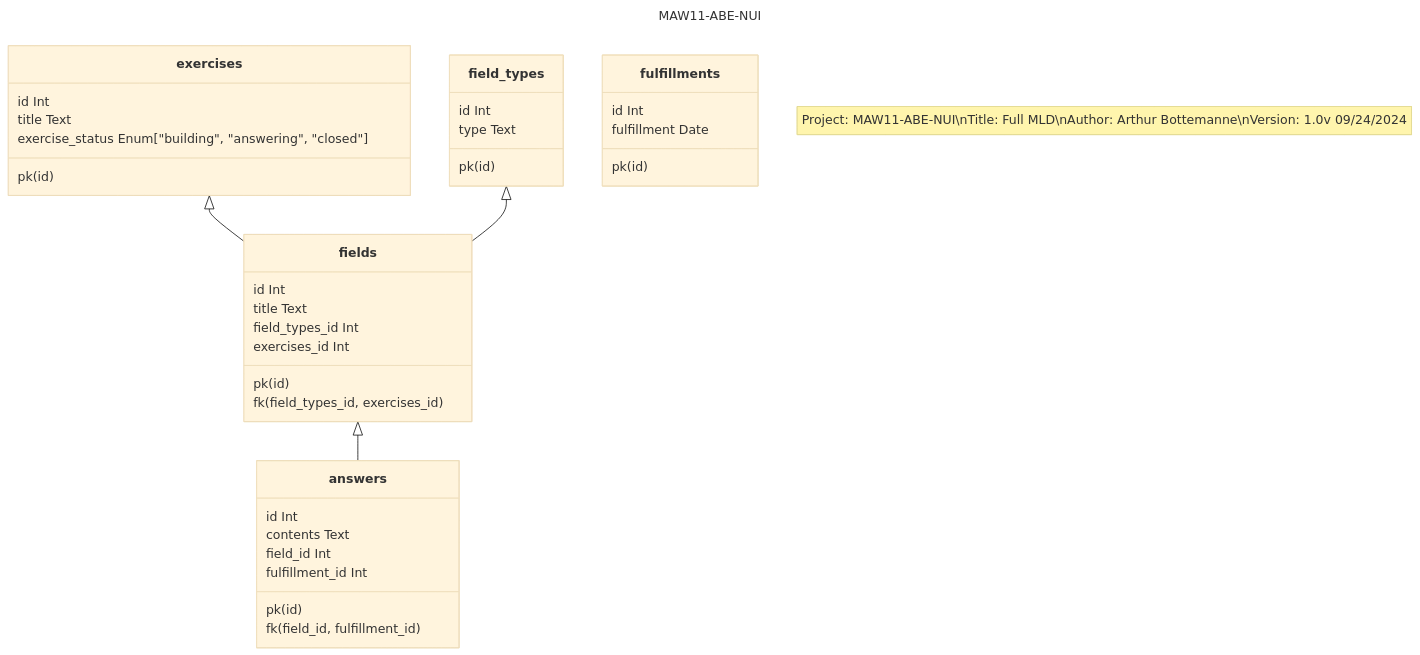
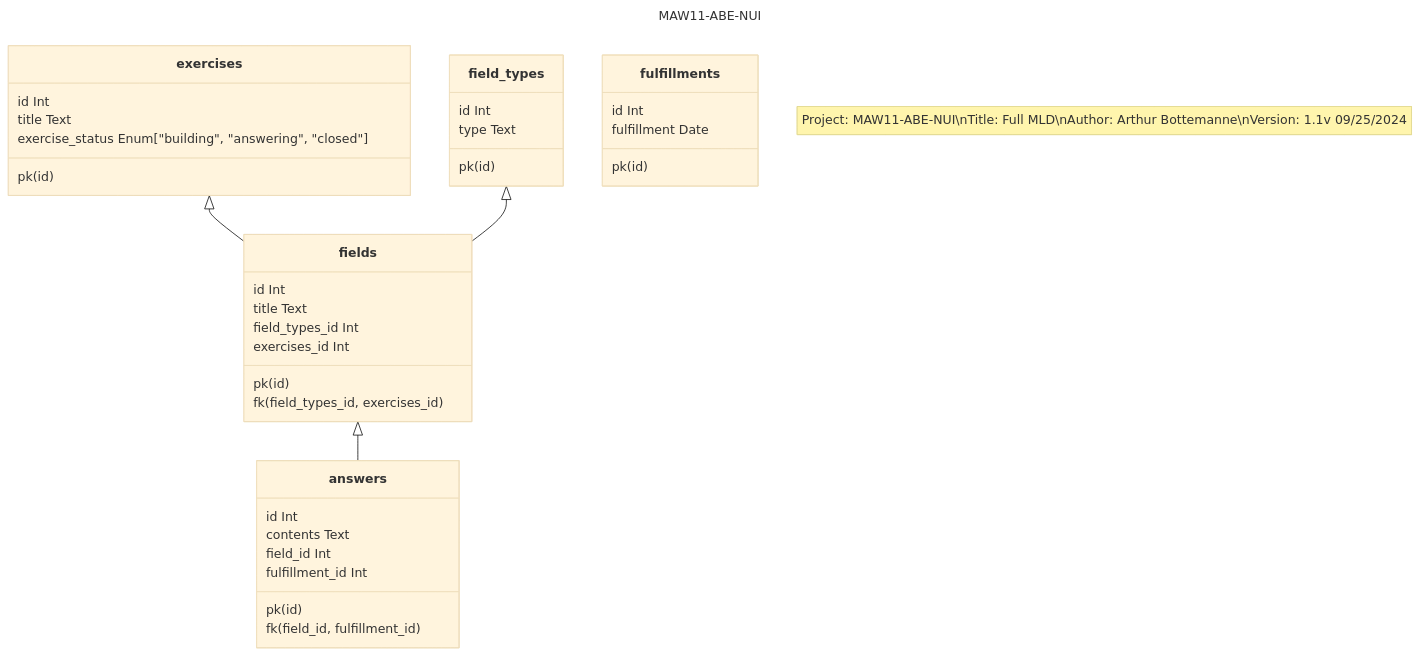
Before and after one commit to CPNV-ES/MAW11-ABE-NUI: the diagram in doc/MLD.md, drawn with Mermaid (base theme). The commit also changed 1 other file, not shown here.

Commit message:
fix: updated LDM and CDM version

````diff
--- a/doc/MLD.md
+++ b/doc/MLD.md
@@ -1,42 +1,42 @@
 ```mermaid
 ---
 title: MAW11-ABE-NUI
 ---
 classDiagram
-    note "Project: MAW11-ABE-NUI\nTitle: Full MLD\nAuthor: Arthur Bottemanne\nVersion: 1.0v 09/24/2024"
+    note "Project: MAW11-ABE-NUI\nTitle: Full MLD\nAuthor: Arthur Bottemanne\nVersion: 1.1v 09/25/2024"
     exercises <|-- fields
     field_types <|-- fields
     fields <|-- answers
     class exercises{
         pk(id)
         id Int
         title Text
         exercise_status Enum["building", "answering", "closed"]
     }
     class fields {
         pk(id)
         fk(field_types_id, exercises_id)
         id Int
         title Text
         field_types_id Int
         exercises_id Int
     }
     class field_types {
         pk(id)
         id Int
         type Text
     }
     class answers {
         pk(id)
         fk(field_id, fulfillment_id)
         id Int
         contents Text
         field_id Int
         fulfillment_id Int
     }
     class fulfillments {
         pk(id)
         id Int
         fulfillment Date
     }
 ```
````
